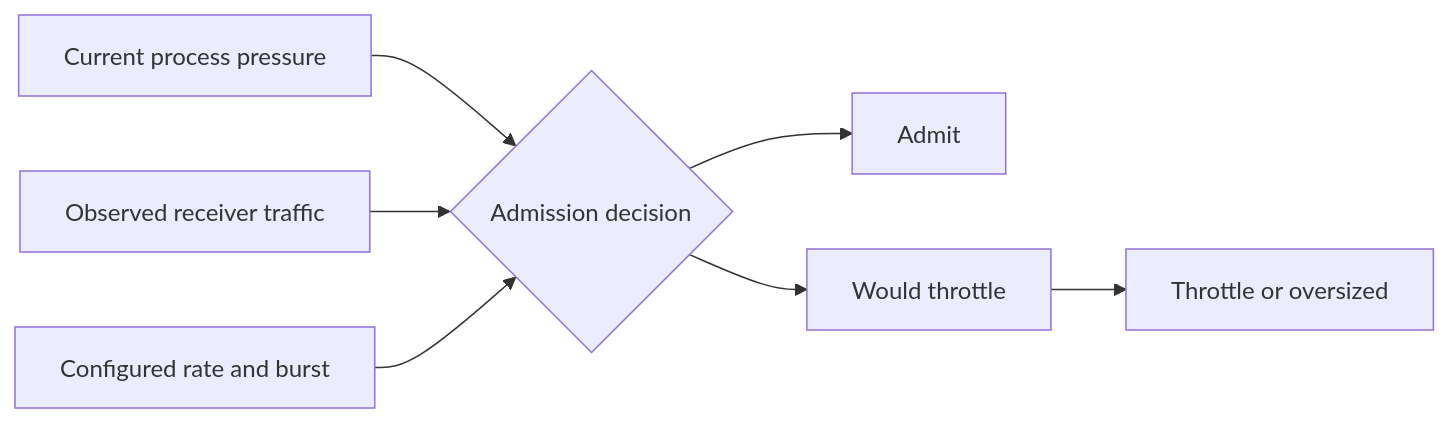
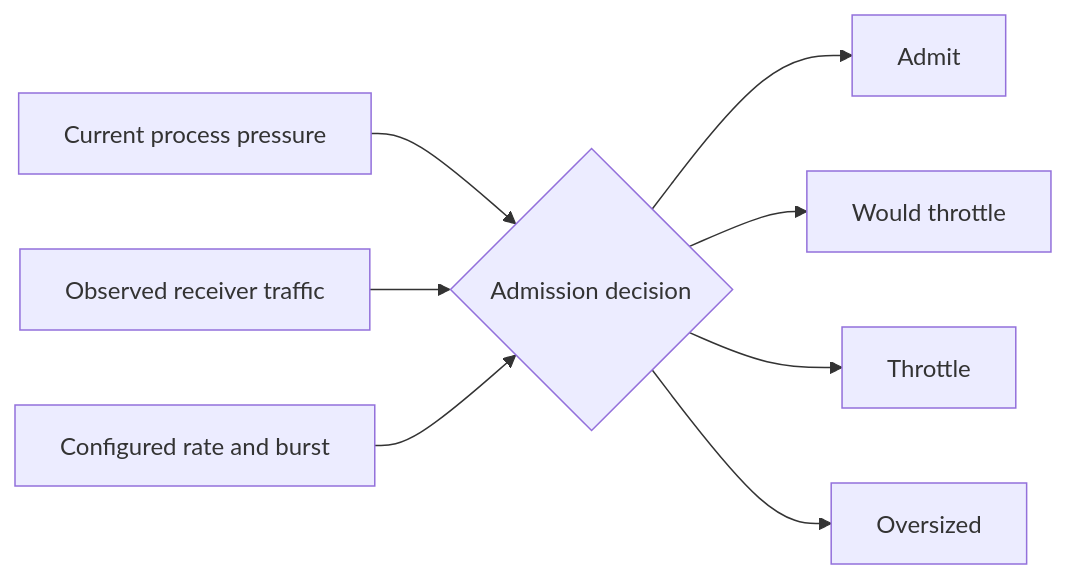
The third of 7 diagrams in rust/otap-dataflow/docs/memory-resource-management.md (open-telemetry/otel-arrow), drawn with Mermaid before and after one commit. The commit also changed other lines of this file, not shown here.

````diff
--- a/rust/otap-dataflow/docs/memory-resource-management.md
+++ b/rust/otap-dataflow/docs/memory-resource-management.md
@@ -107,16 +108,19 @@
 ```mermaid
 flowchart LR
     P[Current process pressure]
     T[Observed receiver traffic]
     R[Configured rate and burst]
     D{Admission decision}
     A[Admit]
     W[Would throttle]
-    X[Throttle or oversized]
+    X[Throttle]
+    O[Oversized]
 
     P --> D
     T --> D
     R --> D
     D --> A
-    D --> W --> X
+    D --> W
+    D --> X
+    D --> O
 ```
````
